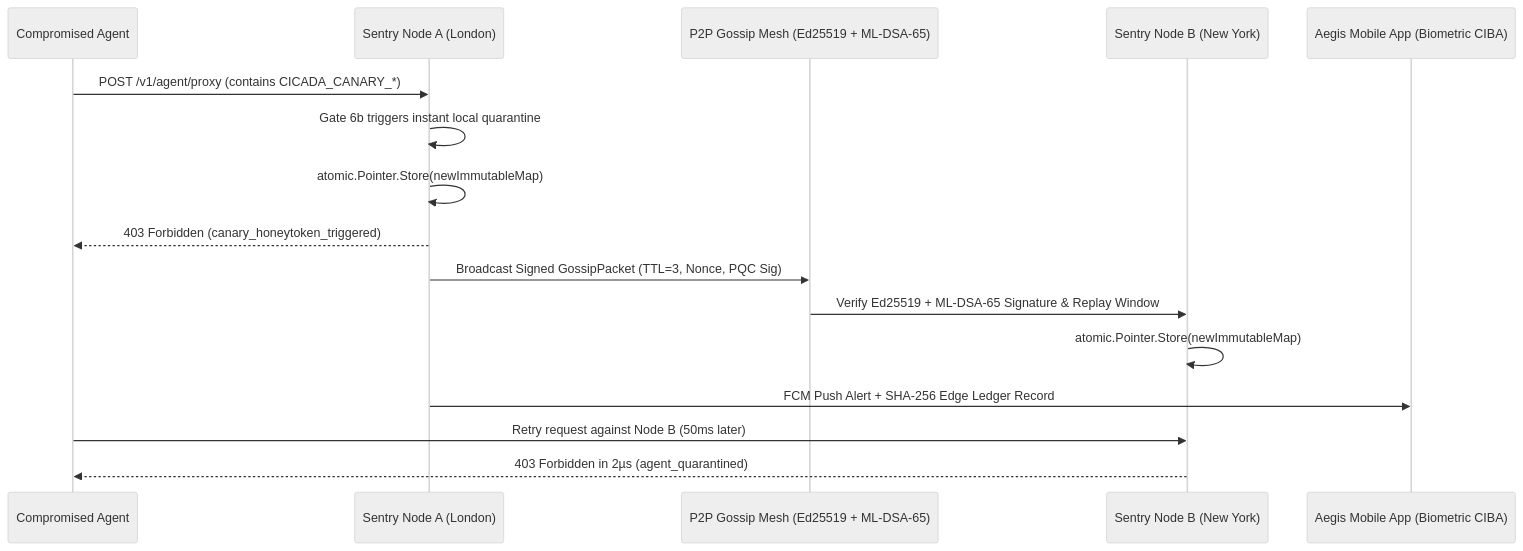
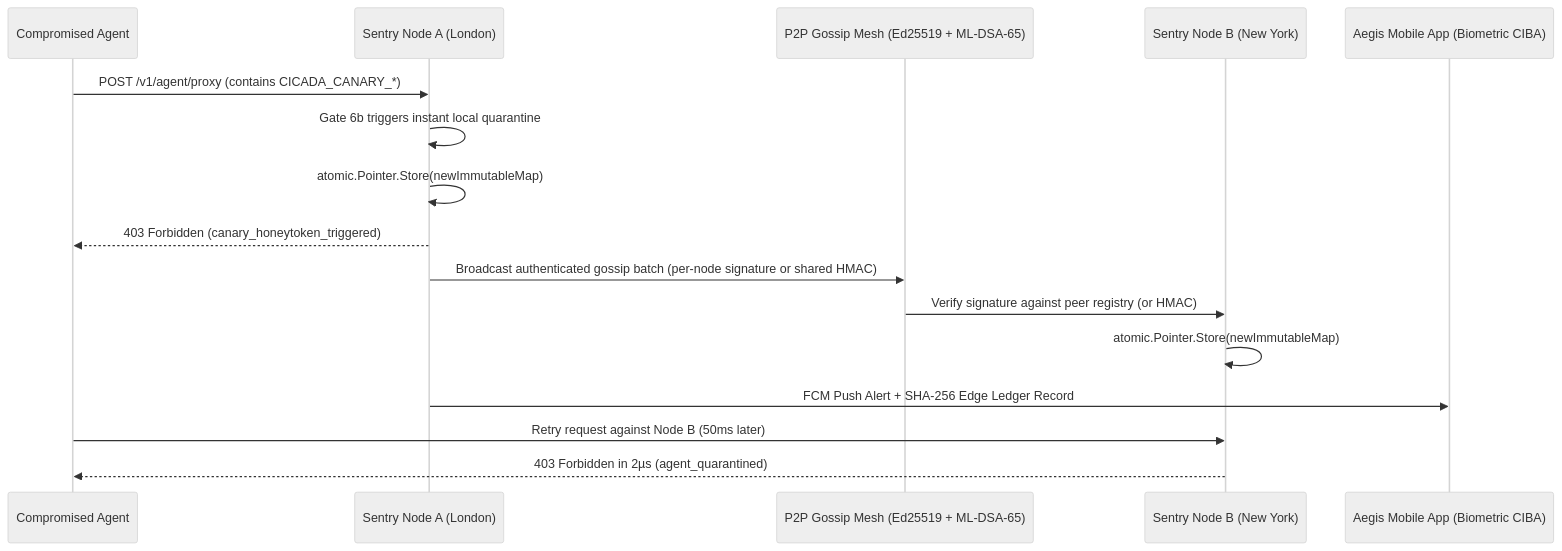
The second of 2 diagrams in README.md (affinity-ops/OS-Cicada), drawn with Mermaid (neutral theme) before and after one commit. The commit also changed other lines of this file and 12 other files, not shown here.

````diff
--- a/README.md
+++ b/README.md
@@ -132,19 +189,19 @@
 ```mermaid
 sequenceDiagram
     participant Rogue as Compromised Agent
     participant NodeA as Sentry Node A (London)
     participant Mesh as P2P Gossip Mesh (Ed25519 + ML-DSA-65)
     participant NodeB as Sentry Node B (New York)
     participant Aegis as Aegis Mobile App (Biometric CIBA)
 
     Rogue->>NodeA: POST /v1/agent/proxy (contains CICADA_CANARY_*)
     NodeA->>NodeA: Gate 6b triggers instant local quarantine
     NodeA->>NodeA: atomic.Pointer.Store(newImmutableMap)
     NodeA-->>Rogue: 403 Forbidden (canary_honeytoken_triggered)
-    NodeA->>Mesh: Broadcast Signed GossipPacket (TTL=3, Nonce, PQC Sig)
-    Mesh->>NodeB: Verify Ed25519 + ML-DSA-65 Signature & Replay Window
+    NodeA->>Mesh: Broadcast authenticated gossip batch (per-node signature or shared HMAC)
+    Mesh->>NodeB: Verify signature against peer registry (or HMAC)
     NodeB->>NodeB: atomic.Pointer.Store(newImmutableMap)
     NodeA->>Aegis: FCM Push Alert + SHA-256 Edge Ledger Record
     Rogue->>NodeB: Retry request against Node B (50ms later)
     NodeB-->>Rogue: 403 Forbidden in 2µs (agent_quarantined)
 ```
````
